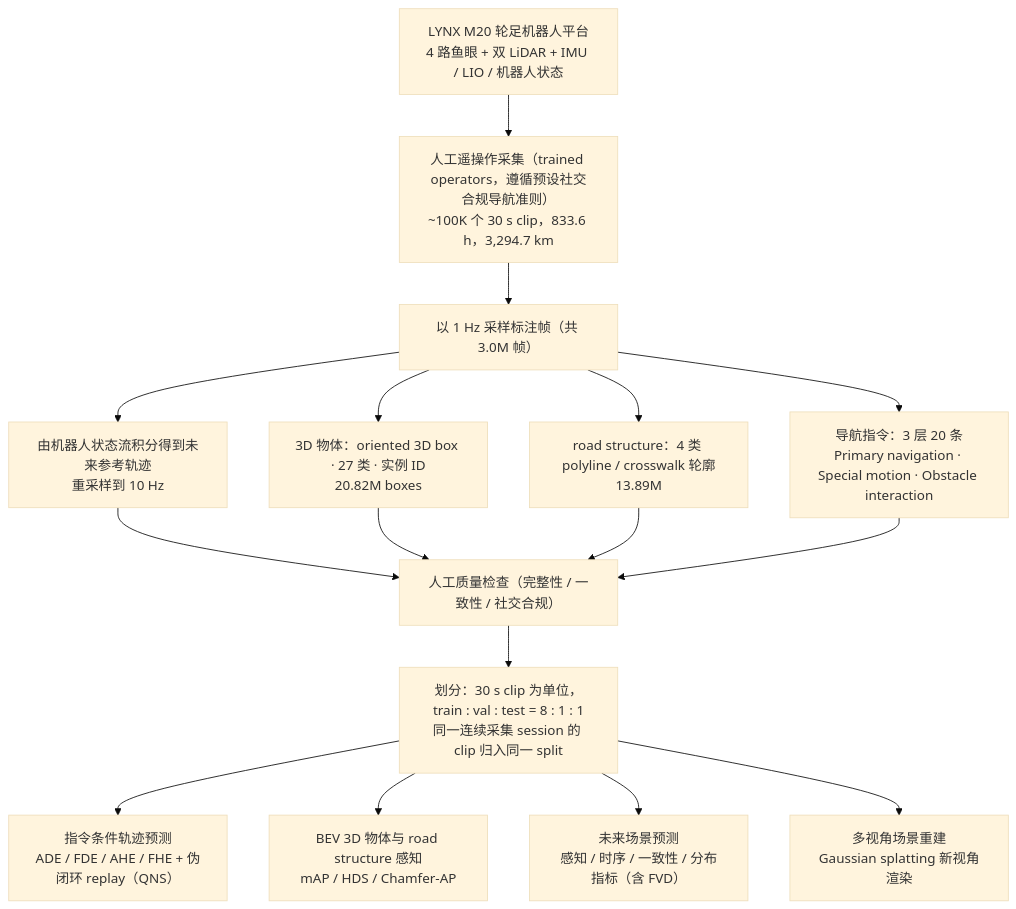
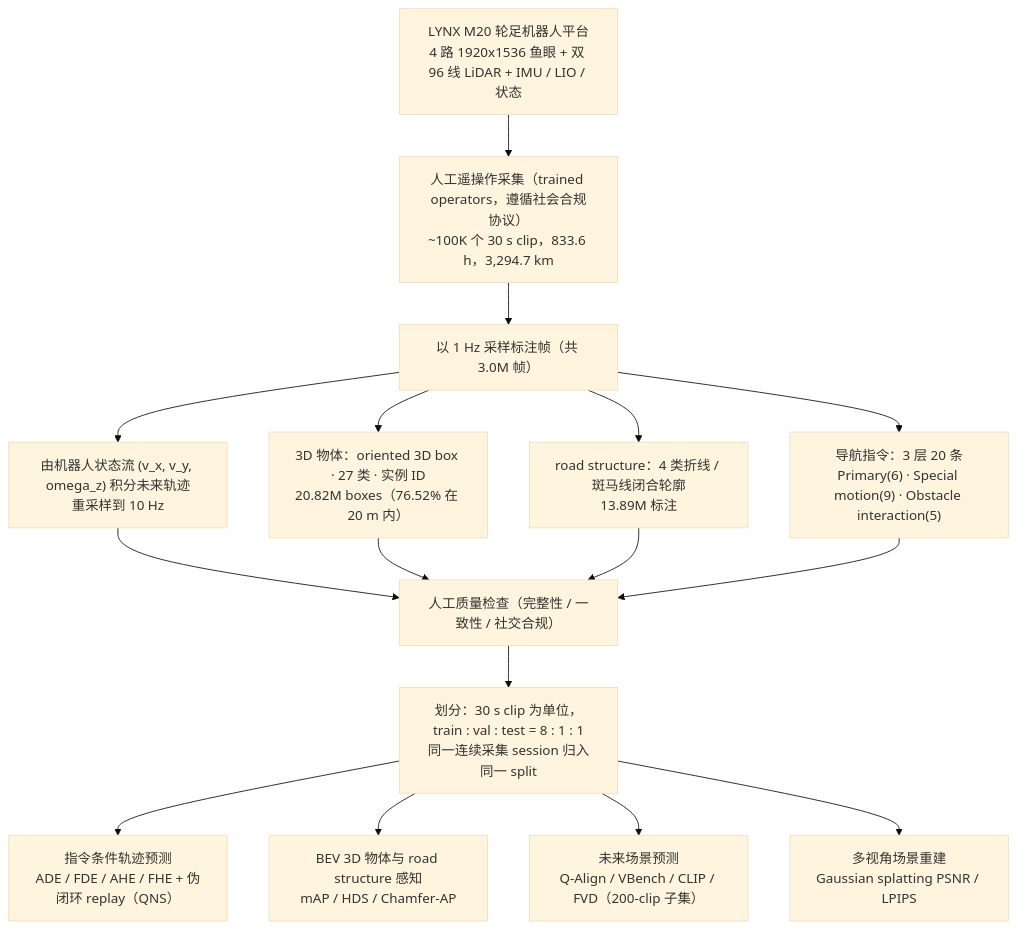
One commit to ImChong/Robotics_Notebooks changed the diagram in wiki/entities/paper-lynxscenes.md. Above: the diagram before and after it, drawn with Mermaid (base theme). The commit also changed other lines of this file and 450 other files, not shown here.

Commit message:
[2026-11-22] ingest | sources/ & wiki/ — 补齐 33 家公司路线 165/167 节点一手原文通读、骨架与 Mermaid 图表至 3/3

````diff
--- a/wiki/entities/paper-lynxscenes.md
+++ b/wiki/entities/paper-lynxscenes.md
@@ -22,19 +52,19 @@
 ```mermaid
 flowchart TD
-    P["LYNX M20 轮足机器人平台<br/>4 路鱼眼 + 双 LiDAR + IMU / LIO / 机器人状态"]
-    P --> C["人工遥操作采集（trained operators，遵循预设社交合规导航准则）<br/>~100K 个 30 s clip，833.6 h，3,294.7 km"]
+    P["LYNX M20 轮足机器人平台<br/>4 路 1920x1536 鱼眼 + 双 96 线 LiDAR + IMU / LIO / 状态"]
+    P --> C["人工遥操作采集（trained operators，遵循社会合规协议）<br/>~100K 个 30 s clip，833.6 h，3,294.7 km"]
     C --> S["以 1 Hz 采样标注帧（共 3.0M 帧）"]
-    S --> T["由机器人状态流积分得到未来参考轨迹<br/>重采样到 10 Hz"]
-    S --> A1["3D 物体：oriented 3D box · 27 类 · 实例 ID<br/>20.82M boxes"]
-    S --> A2["road structure：4 类 polyline / crosswalk 轮廓<br/>13.89M"]
-    S --> A3["导航指令：3 层 20 条<br/>Primary navigation · Special motion · Obstacle interaction"]
+    S --> T["由机器人状态流 (v_x, v_y, omega_z) 积分未来轨迹<br/>重采样到 10 Hz"]
+    S --> A1["3D 物体：oriented 3D box · 27 类 · 实例 ID<br/>20.82M boxes（76.52% 在 20 m 内）"]
+    S --> A2["road structure：4 类折线 / 斑马线闭合轮廓<br/>13.89M 标注"]
+    S --> A3["导航指令：3 层 20 条<br/>Primary(6) · Special motion(9) · Obstacle interaction(5)"]
     T --> Q["人工质量检查（完整性 / 一致性 / 社交合规）"]
     A1 --> Q
     A2 --> Q
     A3 --> Q
-    Q --> SP["划分：30 s clip 为单位，train : val : test = 8 : 1 : 1<br/>同一连续采集 session 的 clip 归入同一 split"]
+    Q --> SP["划分：30 s clip 为单位，train : val : test = 8 : 1 : 1<br/>同一连续采集 session 归入同一 split"]
     SP --> K1["指令条件轨迹预测<br/>ADE / FDE / AHE / FHE + 伪闭环 replay（QNS）"]
     SP --> K2["BEV 3D 物体与 road structure 感知<br/>mAP / HDS / Chamfer-AP"]
-    SP --> K3["未来场景预测<br/>感知 / 时序 / 一致性 / 分布指标（含 FVD）"]
-    SP --> K4["多视角场景重建<br/>Gaussian splatting 新视角渲染"]
+    SP --> K3["未来场景预测<br/>Q-Align / VBench / CLIP / FVD（200-clip 子集）"]
+    SP --> K4["多视角场景重建<br/>Gaussian splatting PSNR / LPIPS"]
 ```
````
